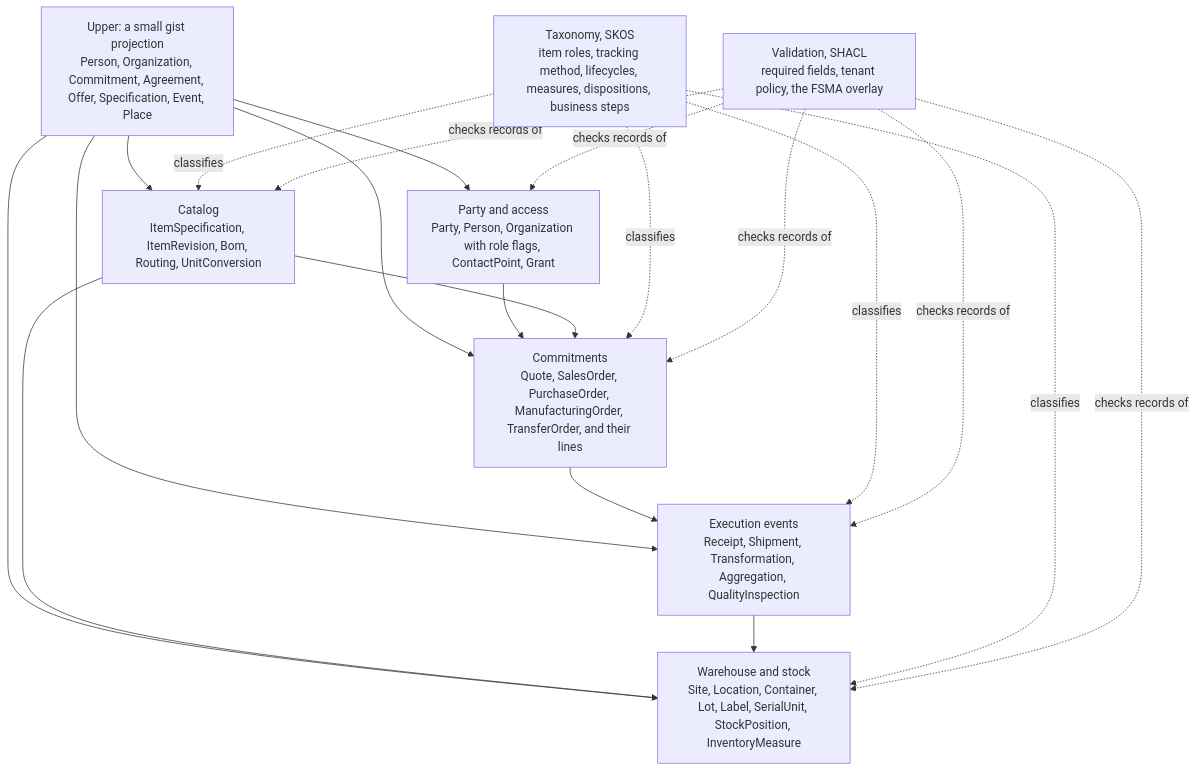
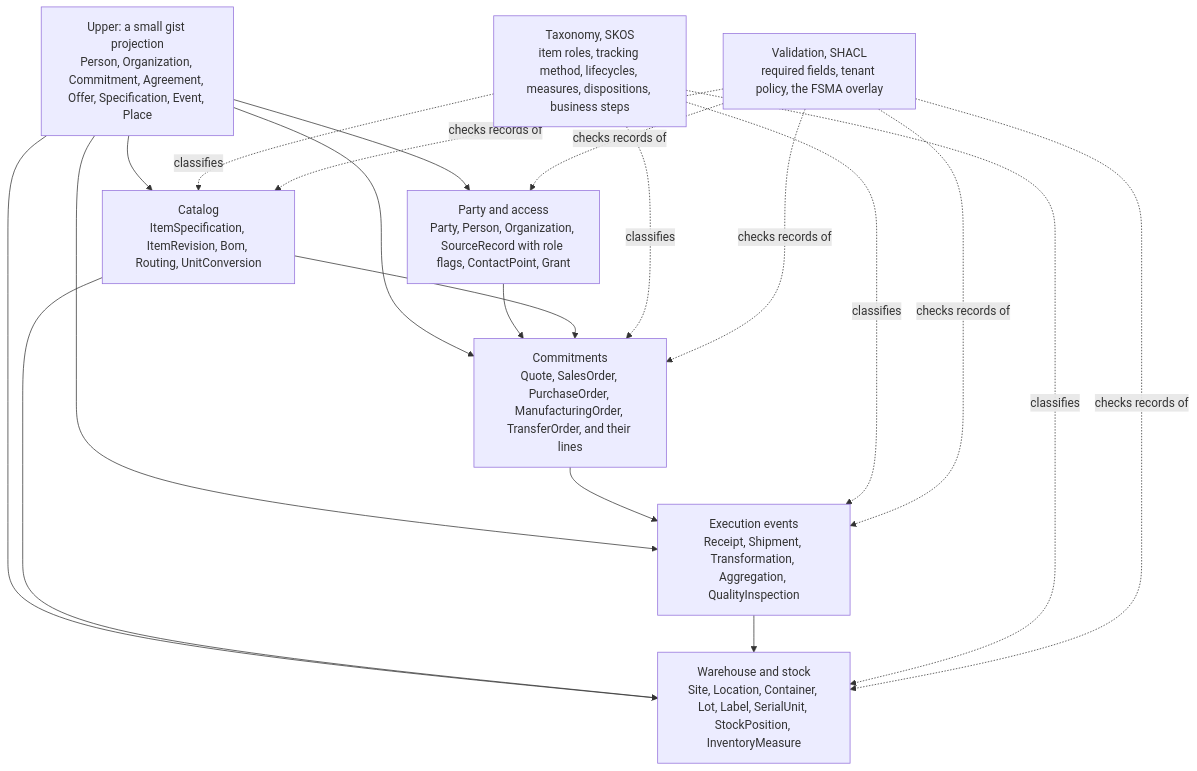
Before and after one commit to kriegcloud/inventory-import: the diagram in explorations/erp-ontology/research/01-starting-model.md, drawn with Mermaid. The commit also changed other lines of this file and 18 other files, not shown here.

````diff
--- a/explorations/erp-ontology/research/01-starting-model.md
+++ b/explorations/erp-ontology/research/01-starting-model.md
@@ -31,18 +31,18 @@
 ```mermaid
 flowchart TB
   U["Upper: a small gist projection<br/>Person, Organization, Commitment, Agreement, Offer, Specification, Event, Place"]
-  P["Party and access<br/>Party, Person, Organization with role flags, ContactPoint, Grant"]
+  P["Party and access<br/>Party, Person, Organization, SourceRecord with role flags, ContactPoint, Grant"]
   C["Catalog<br/>ItemSpecification, ItemRevision, Bom, Routing, UnitConversion"]
   W["Warehouse and stock<br/>Site, Location, Container, Lot, Label, SerialUnit, StockPosition, InventoryMeasure"]
   K["Commitments<br/>Quote, SalesOrder, PurchaseOrder, ManufacturingOrder, TransferOrder, and their lines"]
   E["Execution events<br/>Receipt, Shipment, Transformation, Aggregation, QualityInspection"]
   T["Taxonomy, SKOS<br/>item roles, tracking method, lifecycles, measures, dispositions, business steps"]
   V["Validation, SHACL<br/>required fields, tenant policy, the FSMA overlay"]
   U --> P & C & W & K & E
   P --> K
   C --> K & W
   K --> E
   E --> W
   T -.classifies.-> C & W & K & E
   V -.checks records of.-> P & C & W & K & E
 ```
````
